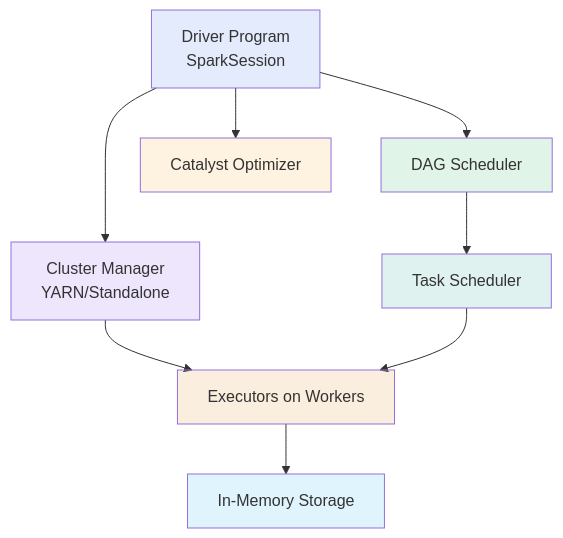
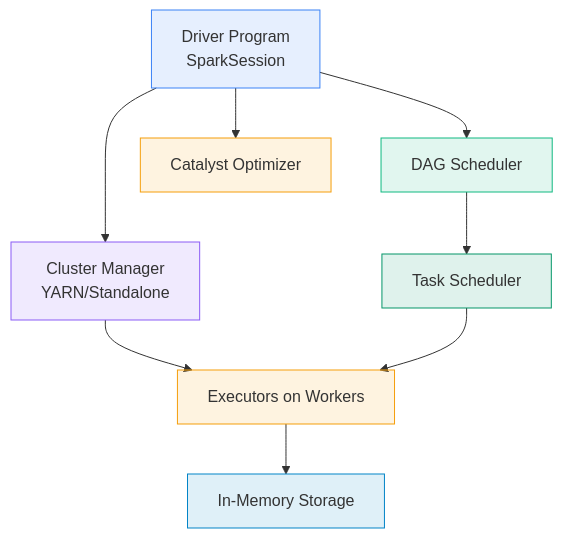
The first of 5 diagrams in 302.1-data-computation/spark.md (MadeInShineA/hei-course-summaries), drawn with Mermaid before and after one commit. The commit also changed other lines of this file and 2 other files, not shown here.

Commit message:
Updated mermaid graphs colors

````diff
--- a/302.1-data-computation/spark.md
+++ b/302.1-data-computation/spark.md
@@ -69,18 +69,18 @@
 ```mermaid
 graph TB
     Driver[Driver Program<br/>SparkSession] --> ClusterManager[Cluster Manager<br/>YARN/Standalone]
     ClusterManager --> Executors[Executors on Workers]
     Driver --> DAGScheduler[DAG Scheduler]
     DAGScheduler --> TaskScheduler[Task Scheduler]
     TaskScheduler --> Executors
     Executors --> Storage[In-Memory Storage]
     Driver --> Optimizer[Catalyst Optimizer]
     
-    style Driver fill:#2563eb20
-    style ClusterManager fill:#7c3aed20
-    style Executors fill:#d9770620
-    style DAGScheduler fill:#16a34a20
-    style TaskScheduler fill:#0d948820
-    style Storage fill:#0ea5e920
-    style Optimizer fill:#f59e0b20
+    style Driver fill:#3b82f620,stroke:#3b82f6
+    style ClusterManager fill:#8b5cf620,stroke:#8b5cf6
+    style Executors fill:#f59e0b20,stroke:#f59e0b
+    style DAGScheduler fill:#10b98120,stroke:#10b981
+    style TaskScheduler fill:#05966920,stroke:#059669
+    style Storage fill:#0284c720,stroke:#0284c7
+    style Optimizer fill:#f59e0b20,stroke:#f59e0b
 ```
````
